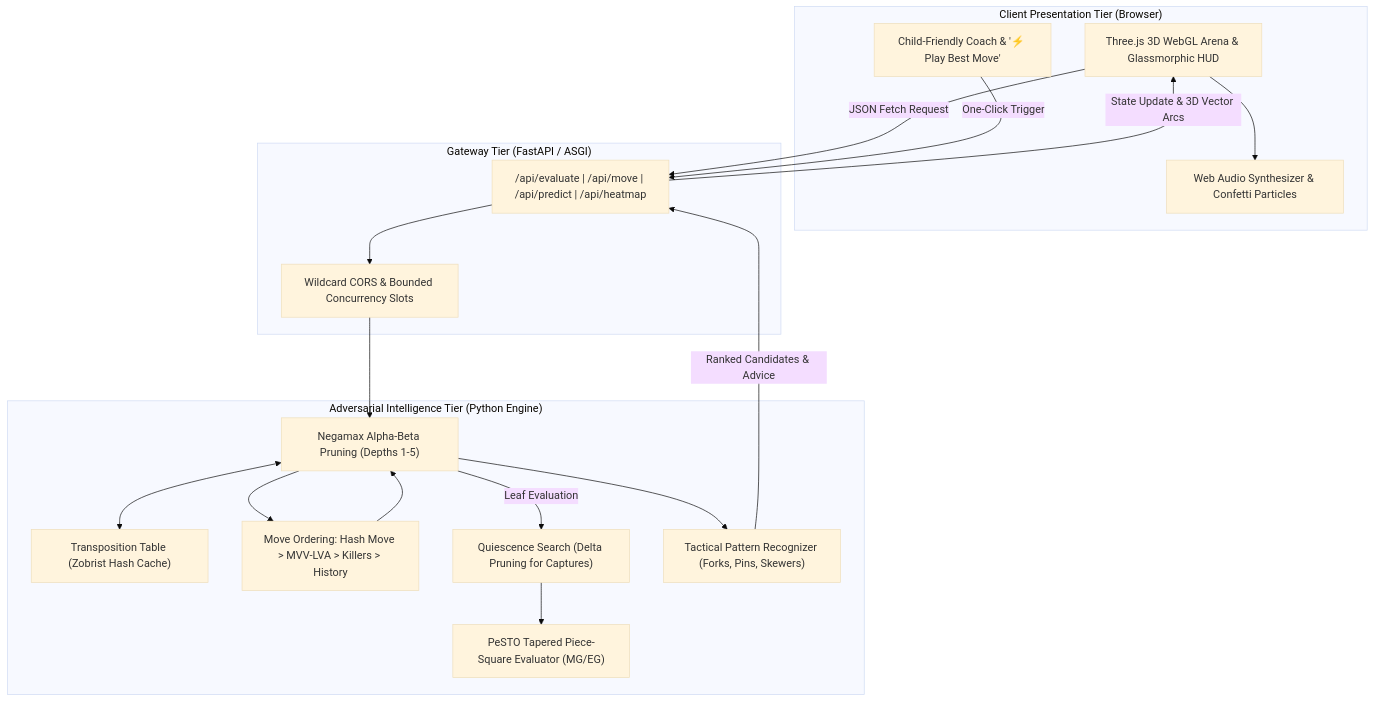
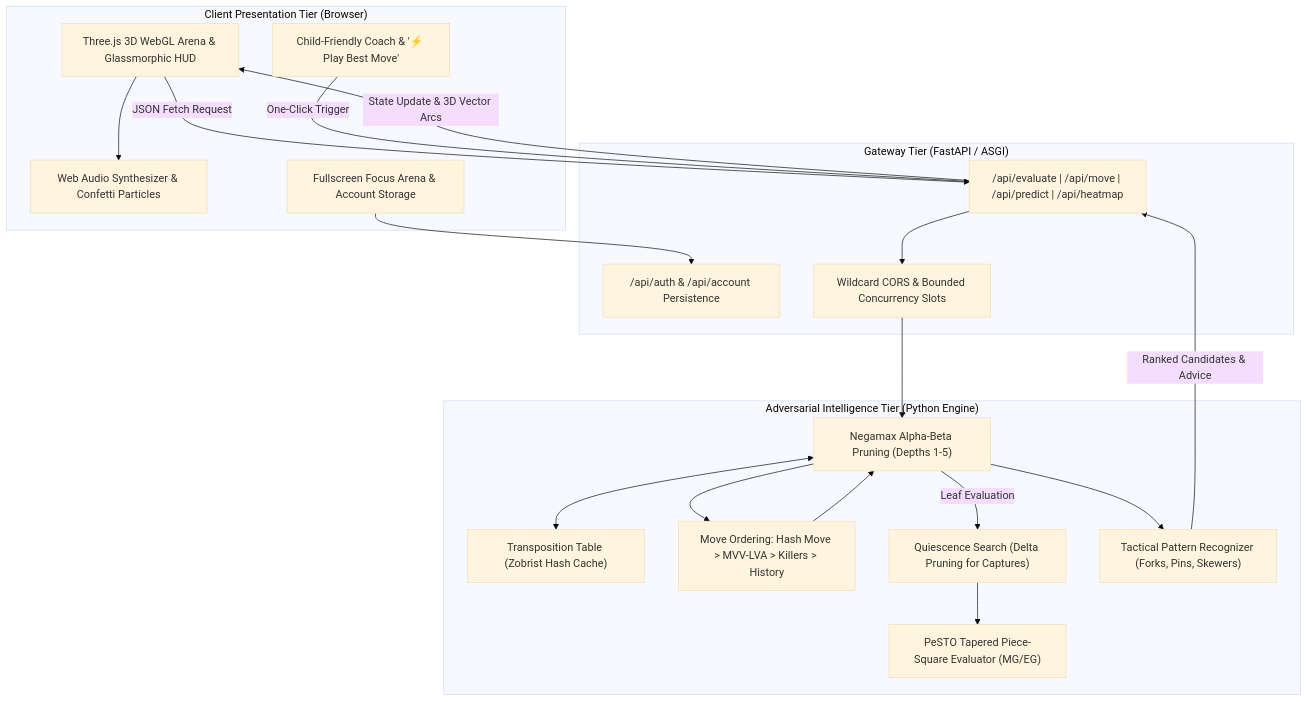
One commit to Ayushnot41/Ai-chess-game changed the diagram in README.md. Above: the diagram before and after it, drawn with Mermaid (base theme). The commit also changed other lines of this file and 28 other files, not shown here.

Commit message:
feat: add standalone 3D motion graphics SVG, Google Stitch palette, and local color swatches

````diff
--- a/README.md
+++ b/README.md
@@ -161,36 +45,39 @@
 ```mermaid
 flowchart TD
     subgraph Client ["Client Presentation Tier (Browser)"]
         UI["Three.js 3D WebGL Arena & Glassmorphic HUD"]
         Coach["Child-Friendly Coach & '⚡ Play Best Move'"]
         FX["Web Audio Synthesizer & Confetti Particles"]
+        FS["Fullscreen Focus Arena & Account Storage"]
     end
 
     subgraph API ["Gateway Tier (FastAPI / ASGI)"]
         Router["/api/evaluate | /api/move | /api/predict | /api/heatmap"]
+        Auth["/api/auth & /api/account Persistence"]
         CORS["Wildcard CORS & Bounded Concurrency Slots"]
     end
 
     subgraph Engine ["Adversarial Intelligence Tier (Python Engine)"]
         TT["Transposition Table (Zobrist Hash Cache)"]
         Ordering["Move Ordering: Hash Move > MVV-LVA > Killers > History"]
         AB["Negamax Alpha-Beta Pruning (Depths 1-5)"]
         QS["Quiescence Search (Delta Pruning for Captures)"]
         Eval["PeSTO Tapered Piece-Square Evaluator (MG/EG)"]
         Predictor["Tactical Pattern Recognizer (Forks, Pins, Skewers)"]
     end
 
     UI -->|JSON Fetch Request| Router
     Coach -->|One-Click Trigger| Router
+    FS --> Auth
     Router --> CORS
     CORS --> AB
     AB <--> TT
     AB --> Ordering
     Ordering --> AB
     AB -->|Leaf Evaluation| QS
     QS --> Eval
     AB --> Predictor
     Predictor -->|Ranked Candidates & Advice| Router
     Router -->|State Update & 3D Vector Arcs| UI
     UI --> FX
 ```
````
